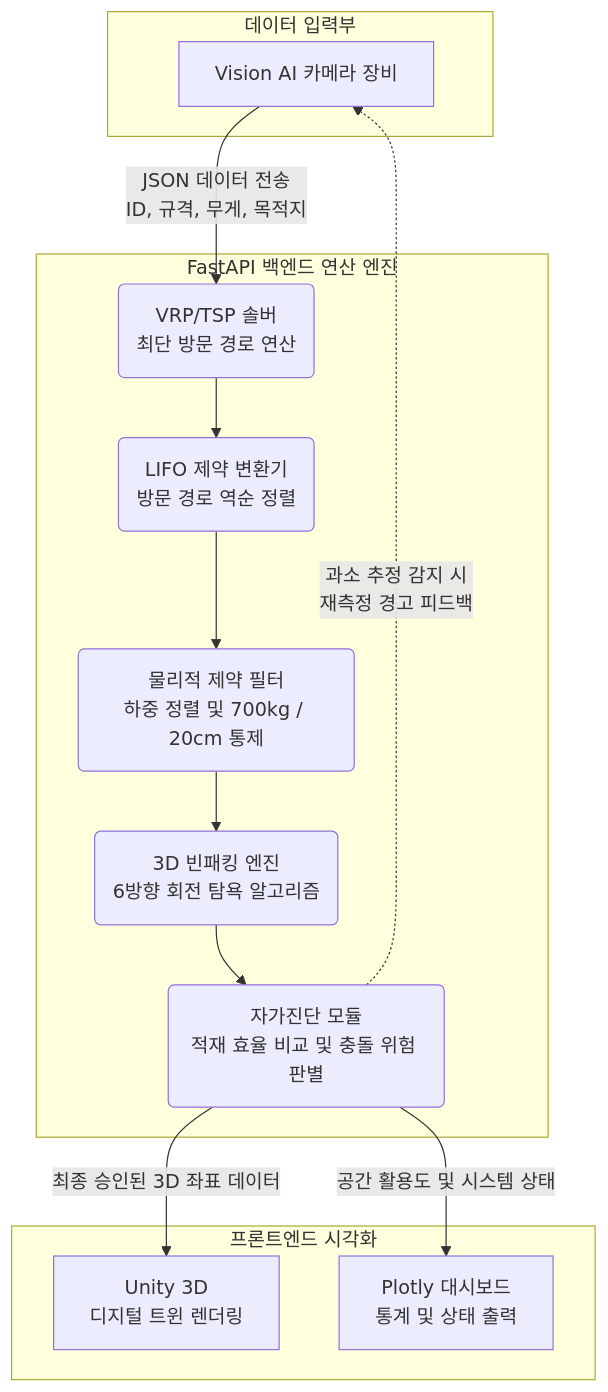
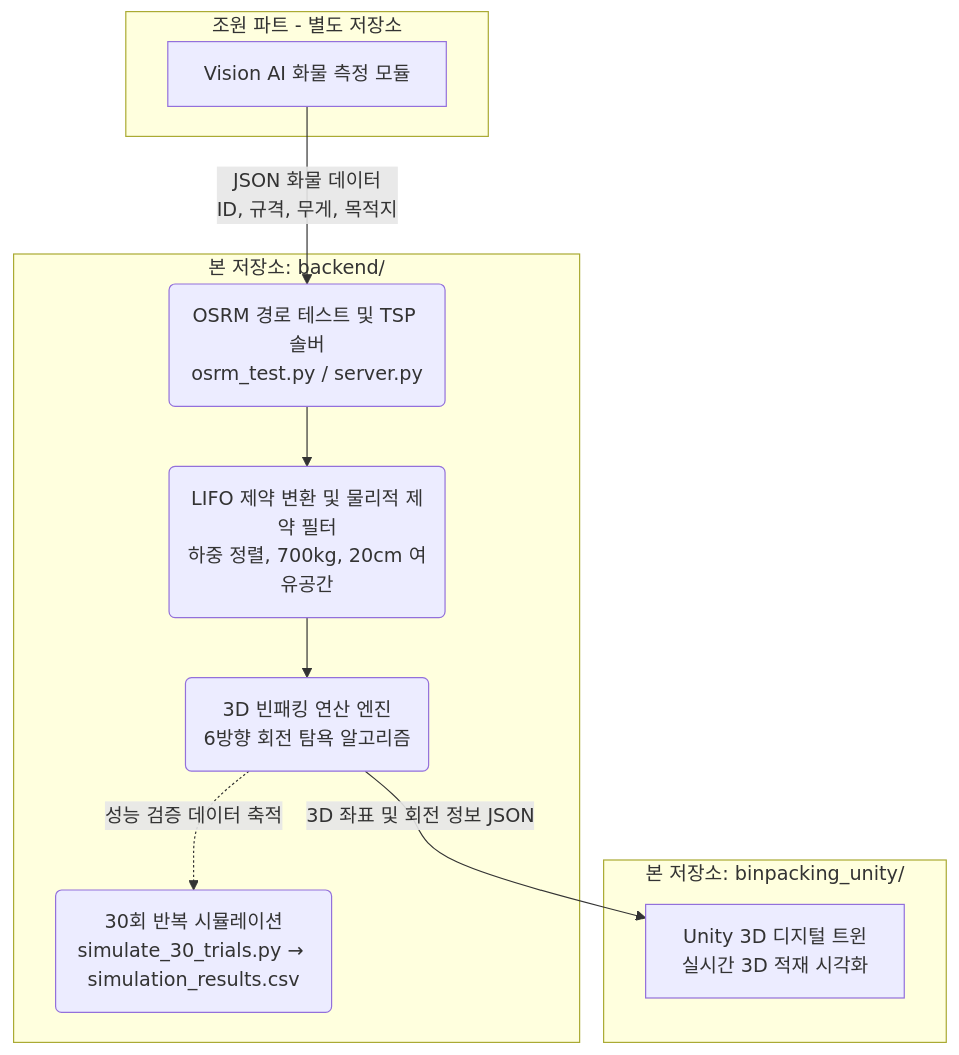
Before and after one commit to gisimon1018/smart-3d-bin-packing: the diagram in README.md, drawn with Mermaid. The commit also changed other lines of this file, not shown here.

````diff
--- a/README.md
+++ b/README.md
@@ -79,28 +85,23 @@
 ```mermaid
 graph TD
-    subgraph 데이터 입력부
-        A[Vision AI 카메라 장비]
+    subgraph 외부 연계 모듈 [조원 파트 - 별도 저장소]
+        A[Vision AI 화물 측정 모듈]
     end
 
-    subgraph FastAPI 백엔드 연산 엔진
-        B(VRP/TSP 솔버<br/>최단 방문 경로 연산)
-        C(LIFO 제약 변환기<br/>방문 경로 역순 정렬)
-        D(물리적 제약 필터<br/>하중 정렬 및 700kg / 20cm 통제)
-        E(3D 빈패킹 엔진<br/>6방향 회전 탐욕 알고리즘)
-        F(자가진단 모듈<br/>적재 효율 비교 및 충돌 위험 판별)
+    subgraph Backend [본 저장소: backend/]
+        B(OSRM 경로 테스트 및 TSP 솔버<br/>osrm_test.py / server.py)
+        C(LIFO 제약 변환 및 물리적 제약 필터<br/>하중 정렬, 700kg, 20cm 여유공간)
+        D(3D 빈패킹 연산 엔진<br/>6방향 회전 탐욕 알고리즘)
+        E(30회 반복 시뮬레이션<br/>simulate_30_trials.py → simulation_results.csv)
     end
 
-    subgraph 프론트엔드 시각화
-        G[Unity 3D<br/>디지털 트윈 렌더링]
-        H[Plotly 대시보드<br/>통계 및 상태 출력]
+    subgraph Frontend [본 저장소: binpacking_unity/]
+        F[Unity 3D 디지털 트윈<br/>실시간 3D 적재 시각화]
     end
 
-    A -->|JSON 데이터 전송<br/>ID, 규격, 무게, 목적지| B
+    A -->|JSON 화물 데이터<br/>ID, 규격, 무게, 목적지| B
     B --> C
     C --> D
-    D --> E
-    E --> F
-    F -->|최종 승인된 3D 좌표 데이터| G
-    F -->|공간 활용도 및 시스템 상태| H
-    F -.->|과소 추정 감지 시<br/>재측정 경고 피드백| A
+    D -->|3D 좌표 및 회전 정보 JSON| F
+    D -.->|성능 검증 데이터 축적| E
 ```
````
